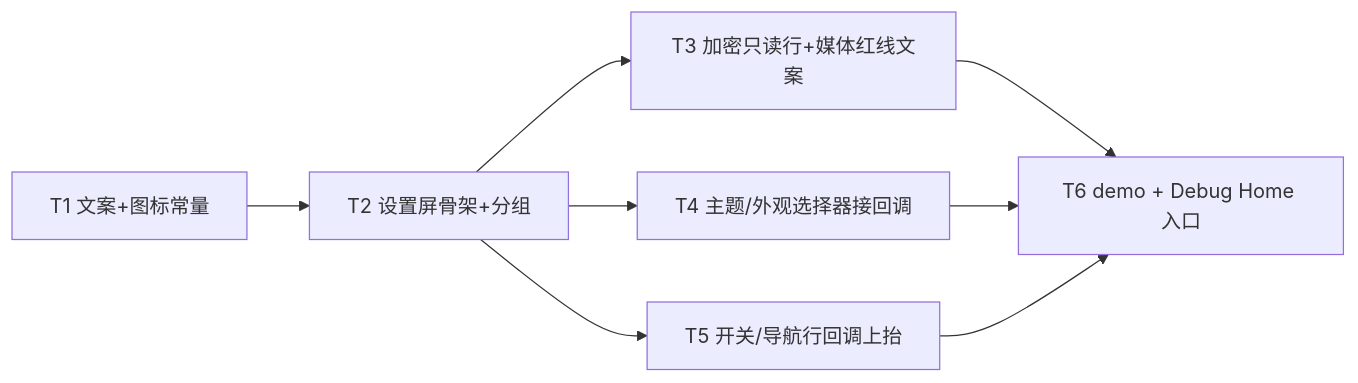
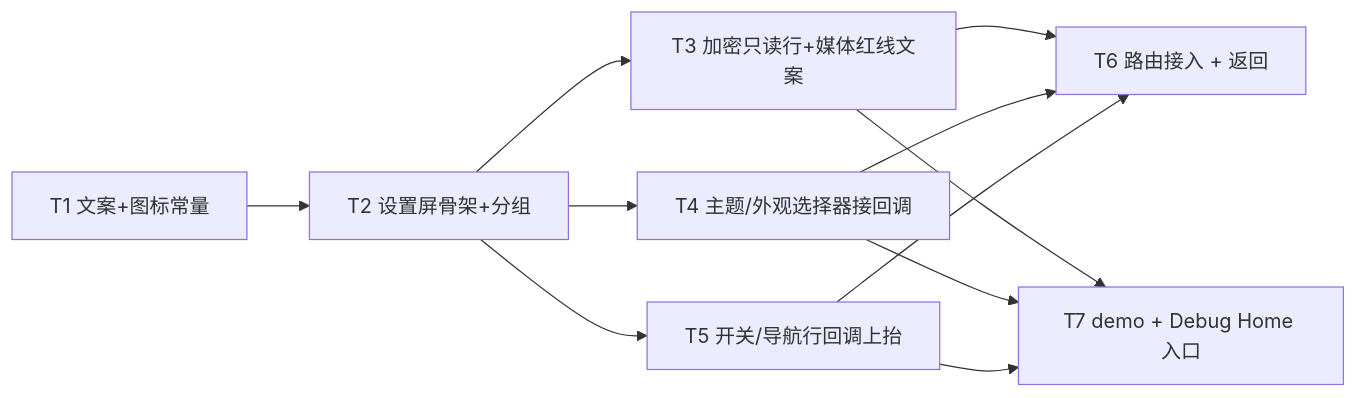
The diagram in specs/active/settings-screen/tasks.md (cr1992/DayZ), drawn with Mermaid before and after one commit. The commit also changed other lines of this file and 68 other files, not shown here.

Commit message:
feat(ui): complete reader-screen, timeline-screen wiring, and update specs index

````diff
--- a/specs/active/settings-screen/tasks.md
+++ b/specs/active/settings-screen/tasks.md
@@ -13,10 +13,13 @@
 ```mermaid
 graph LR
   T1[T1 文案+图标常量] --> T2[T2 设置屏骨架+分组]
   T2 --> T3[T3 加密只读行+媒体红线文案]
   T2 --> T4[T4 主题/外观选择器接回调]
   T2 --> T5[T5 开关/导航行回调上抬]
-  T3 --> T6[T6 demo + Debug Home 入口]
+  T3 --> T6[T6 路由接入 + 返回]
   T4 --> T6
   T5 --> T6
+  T3 --> T7[T7 demo + Debug Home 入口]
+  T4 --> T7
+  T5 --> T7
 ```
````
